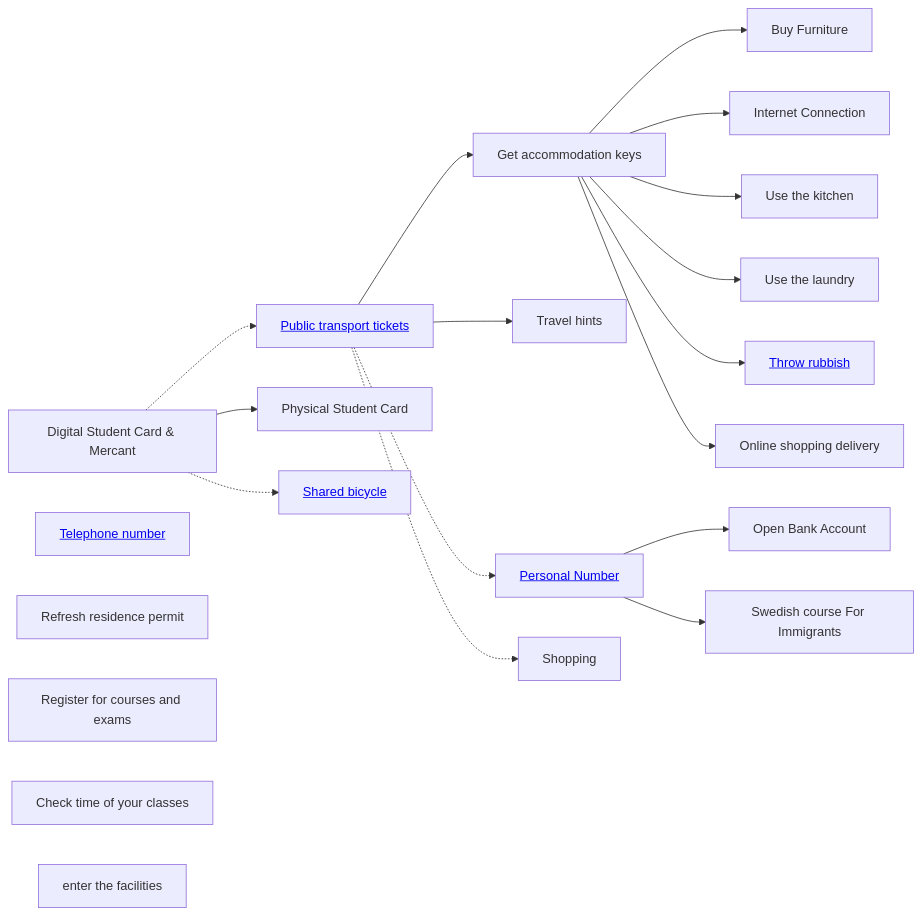
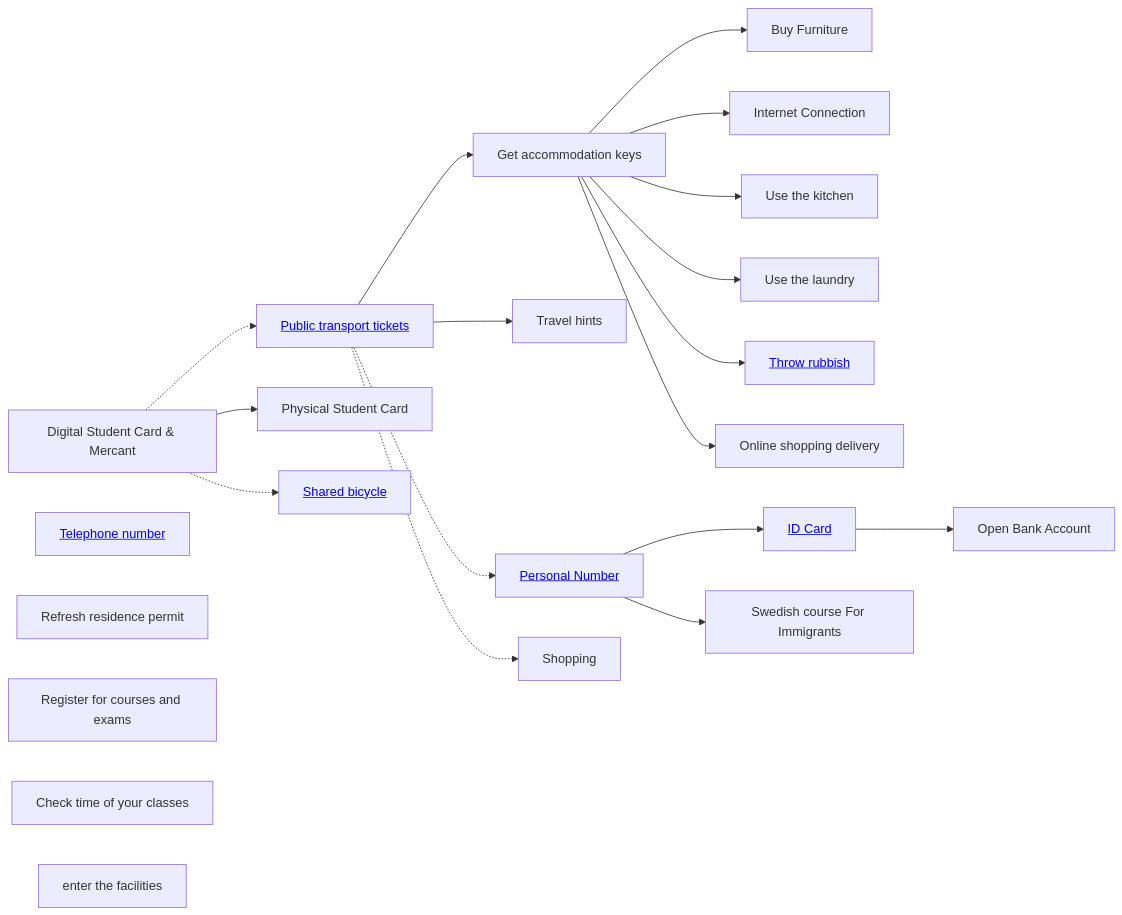
One commit to chalmers-hub/first-week-in-chalmers changed the diagram in content/docs/step-by-step/introduction.md. Above: the diagram before and after it, drawn with Mermaid. The commit also changed 3 other files, not shown here.

```diff
--- a/content/docs/step-by-step/introduction.md
+++ b/content/docs/step-by-step/introduction.md
@@ -17,24 +17,25 @@
 <pre class="mermaid">
     graph LR
         travel[<a href="/docs/transport/ticket">Public transport tickets</a>] --> accommodation[Get accommodation keys]
         accommodation --> furniture[Buy Furniture]
         accommodation --> internet[Internet Connection]
         accommodation --> cook[Use the kitchen]
         accommodation --> laundry[Use the laundry]
         accommodation --> rubbish[<a href="/docs/living/rubbish">Throw rubbish</a>]
         accommodation --> shopping[Online shopping delivery]
         travel --> traffic[Travel hints]
         travel -.-> personal
-        personal[<a href="/docs/id/personal-number">Personal Number</a>] --> bank[Open Bank Account]
+        personal[<a href="/docs/id/personal-number">Personal Number</a>] --> id[<a href="/docs/id/id-card">ID Card</a>]
+        id --> bank[Open Bank Account]
         travel -.-> Shopping
         DigitalStudentCard[Digital Student Card & Mercant]
         DigitalStudentCard --> PhysicalStudentCard[Physical Student Card]
         DigitalStudentCard -.-> travel
         phone[<a href="/docs/phone/circ-sim/">Telephone number</a>]
         Refresh[Refresh residence permit]
         personal --> SFI[Swedish course For Immigrants]
         DigitalStudentCard -.-> bicycle[<a href="/docs/transport/shared-bicycle/">Shared bicycle</a>]
         course[Register for courses and exams]
         timeEdit[Check time of your classes]
         doors[enter the facilities]
 </pre>
```
